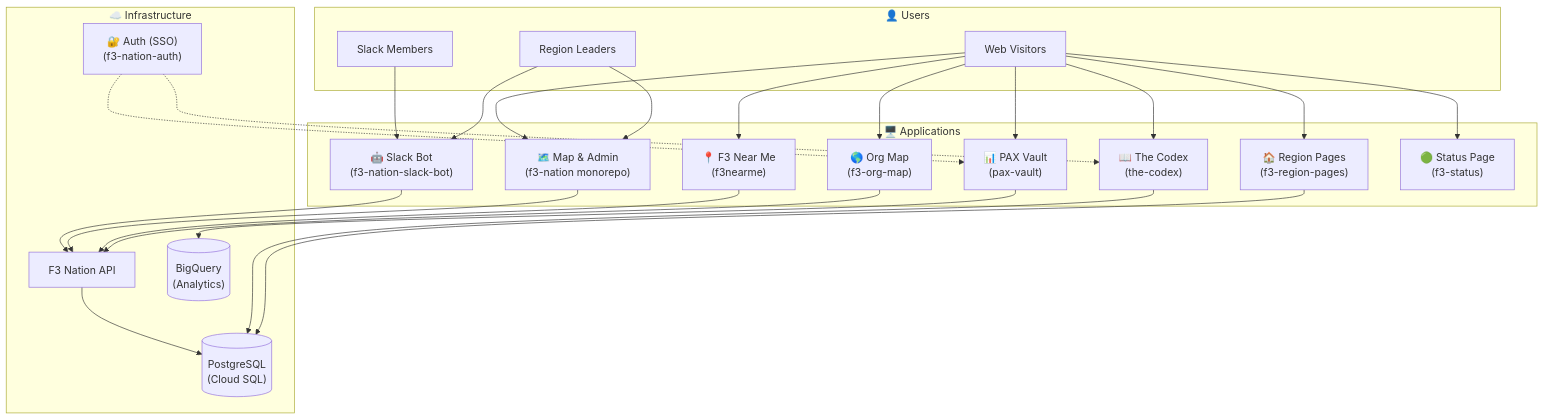
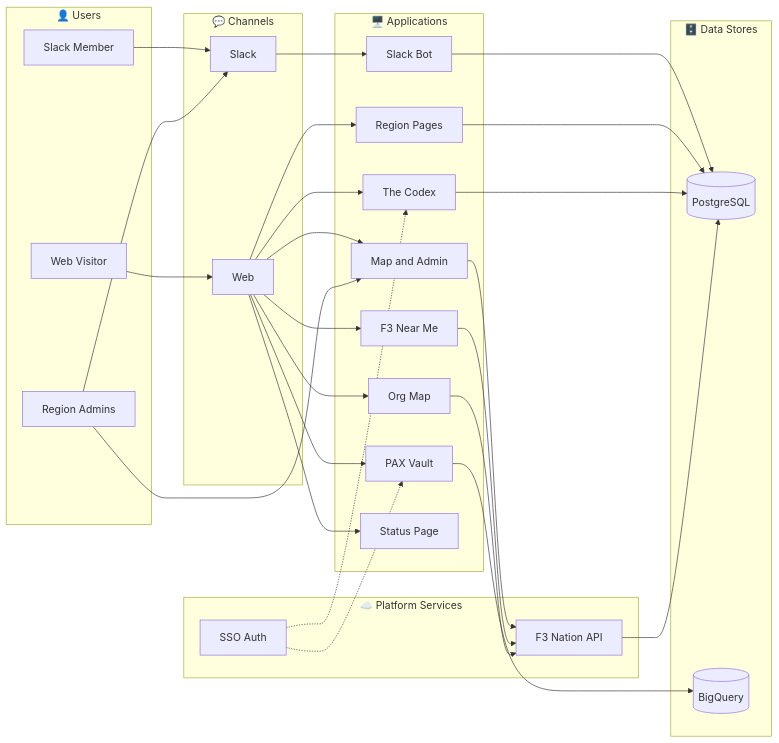
Before and after one commit to F3-Nation/.github: the first of 2 diagrams in profile/README.md, drawn with Mermaid. The commit also changed other lines of this file and 1 other file, not shown here.

Commit message:
Initial redo

````diff
--- a/profile/README.md
+++ b/profile/README.md
@@ -11,39 +11,60 @@
 ```mermaid
-flowchart TB
-    subgraph users [" 👤 Users "]
-        slack["Slack Members"]
-        web["Web Visitors"]
-        leaders["Region Leaders"]
+flowchart LR
+    subgraph users["👤 Users"]
+        slackUser["Slack Member"]
+        webUser["Web Visitor"]
+        leader["Region Admins"]
     end
 
-    subgraph apps [" 🖥️ Applications "]
-        bot["🤖 Slack Bot\n(f3-nation-slack-bot)"]
-        map["🗺️ Map & Admin\n(f3-nation monorepo)"]
-        nearme["📍 F3 Near Me\n(f3nearme)"]
-        vault["📊 PAX Vault\n(pax-vault)"]
-        codex["📖 The Codex\n(the-codex)"]
-        orgmap["🌎 Org Map\n(f3-org-map)"]
-        regions["🏠 Region Pages\n(f3-region-pages)"]
-        status["🟢 Status Page\n(f3-status)"]
+    subgraph channels["💬 Channels"]
+        slack["Slack"]
+        web["Web"]
     end
 
-    subgraph infra [" ☁️ Infrastructure "]
-        api["F3 Nation API"]
-        db[("PostgreSQL\n(Cloud SQL)")]
-        bq[("BigQuery\n(Analytics)")]
-        auth["🔐 Auth (SSO)\n(f3-nation-auth)"]
+    subgraph apps["🖥️ Applications"]
+        bot["Slack Bot"]
+        map["Map and Admin"]
+        nearme["F3 Near Me"]
+        vault["PAX Vault"]
+        codex["The Codex"]
+        orgmap["Org Map"]
+        regions["Region Pages"]
+        status["Status Page"]
     end
 
+    subgraph platform["☁️ Platform Services"]
+        api["F3 Nation API"]
+        auth["SSO Auth"]
+    end
+
+    subgraph data["🗄️ Data Stores"]
+        db[("PostgreSQL")]
+        bq[("BigQuery")]
+    end
+
+    slackUser --> slack
+    leader --> slack
+    webUser --> web
+
     slack --> bot
-    web --> map & nearme & vault & codex & orgmap & regions & status
-    leaders --> bot & map
+    web --> map
+    web --> nearme
+    web --> vault
+    web --> codex
+    web --> orgmap
+    web --> regions
+    web --> status
+    leader --> map
 
-    bot --> api --> db
+    bot --> db
     map --> api
     nearme --> api
-    vault --> bq
-    codex --> db
     orgmap --> api
     regions --> db
-    auth -.-> vault & codex
+    codex --> db
+    vault --> bq
+    api --> db
+
+    auth -.-> vault
+    auth -.-> codex
 ```
````
